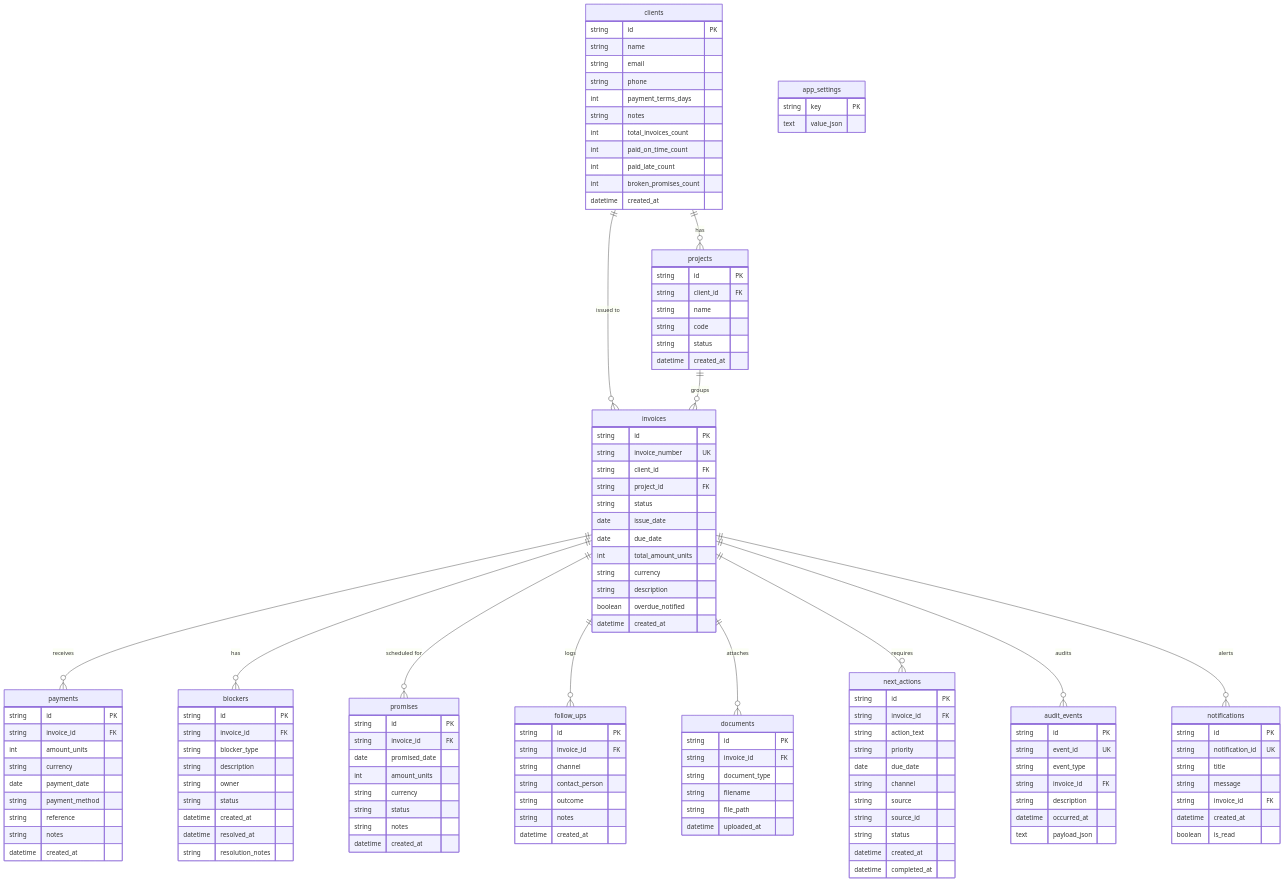
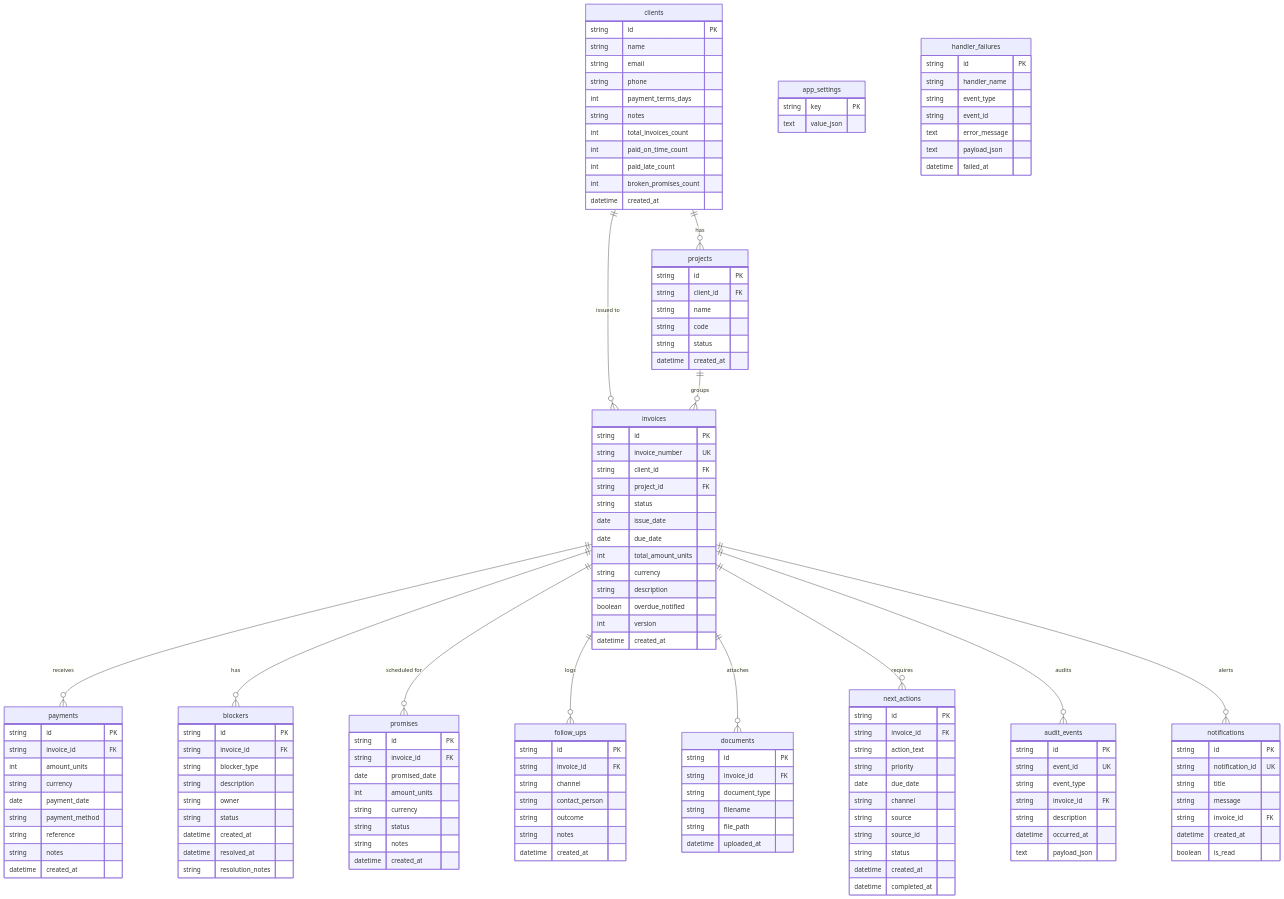
One commit to Anupam-hash926/DuePing changed the diagram in docs/uml/09-er.md. Above: the diagram before and after it, drawn with Mermaid. The commit also changed 70 other files, not shown here.

````diff
--- a/docs/uml/09-er.md
+++ b/docs/uml/09-er.md
@@ -51,6 +51,7 @@
         string currency
         string description
         boolean overdue_notified
+        int version
         datetime created_at
     }
 
@@ -146,4 +147,14 @@
         string key PK
         text value_json
     }
+
+    handler_failures {
+        string id PK
+        string handler_name
+        string event_type
+        string event_id
+        text error_message
+        text payload_json
+        datetime failed_at
+    }
 ```
````
